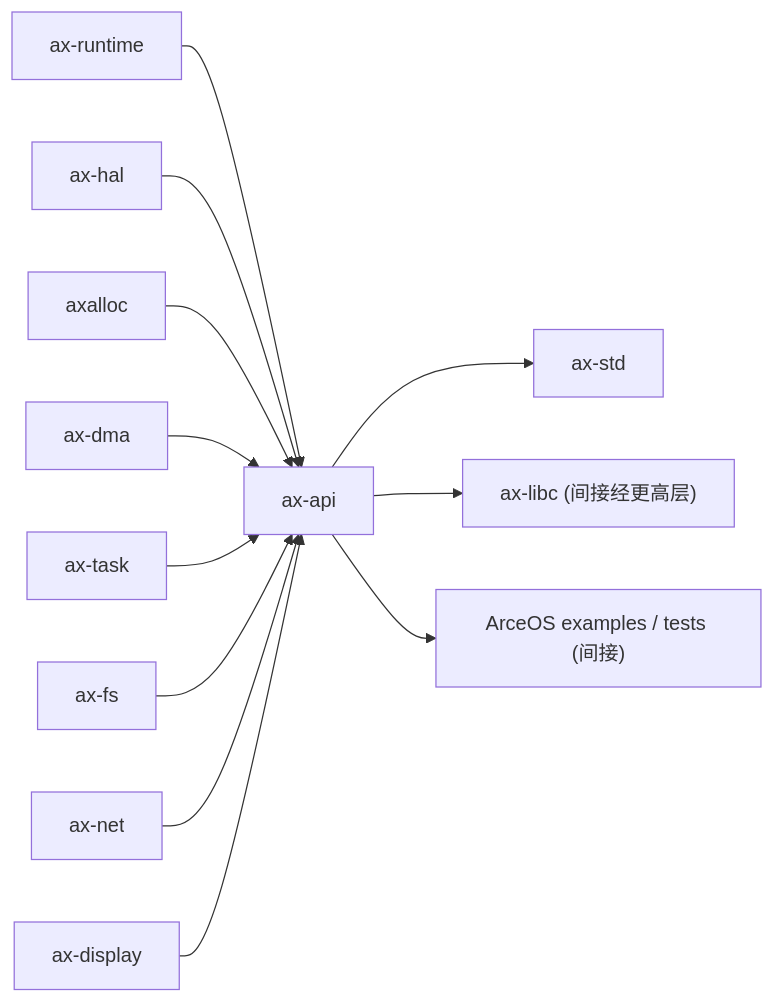
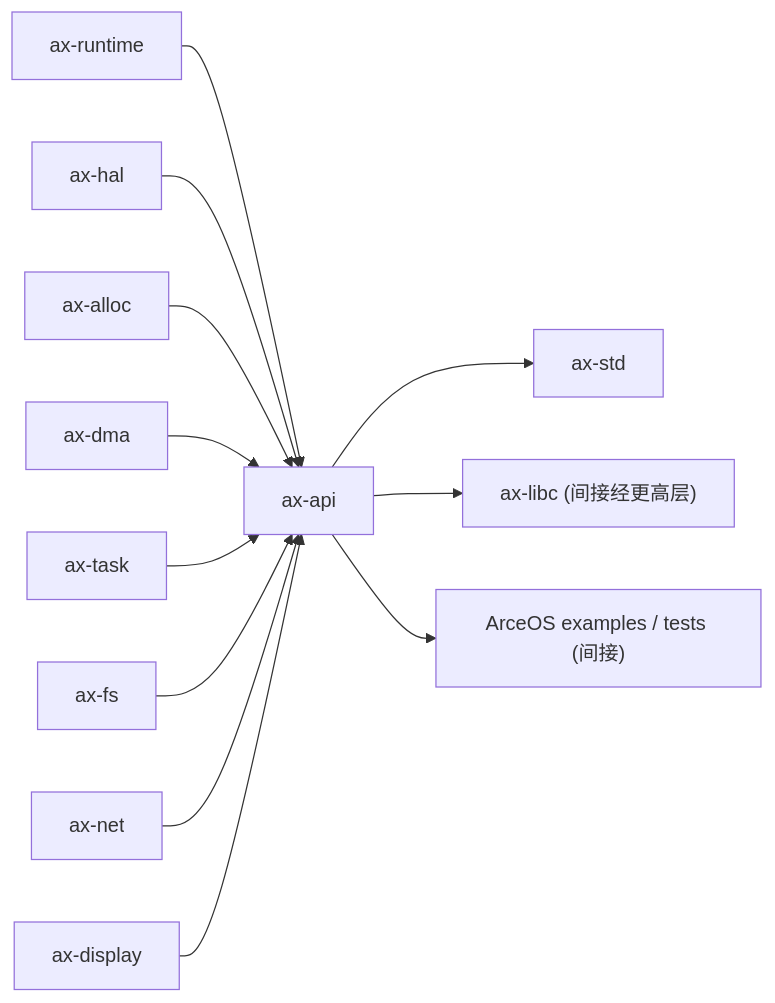
Before and after one commit to zKurisu/tgoskits: the diagram in docs/crates/arceos_api.md, drawn with Mermaid. The commit also changed other lines of this file and 75 other files, not shown here.

Commit message:
rename axalloc to ax-alloc

````diff
--- a/docs/crates/arceos_api.md
+++ b/docs/crates/arceos_api.md
@@ -110,15 +110,15 @@
 ```mermaid
 graph LR
     ax-runtime["ax-runtime"] --> ax-api["ax-api"]
     ax-hal["ax-hal"] --> ax-api
-    axalloc["axalloc"] --> ax-api
+    ax-alloc["ax-alloc"] --> ax-api
     ax_dma["ax-dma"] --> ax-api
     ax-task["ax-task"] --> ax-api
     ax-fs["ax-fs"] --> ax-api
     ax-net["ax-net"] --> ax-api
     ax-display["ax-display"] --> ax-api
 
     ax-api --> ax-std["ax-std"]
     ax-api --> ax-libc["ax-libc (间接经更高层)"]
     ax-api --> arceos_examples["ArceOS examples / tests (间接)"]
 ```
````
